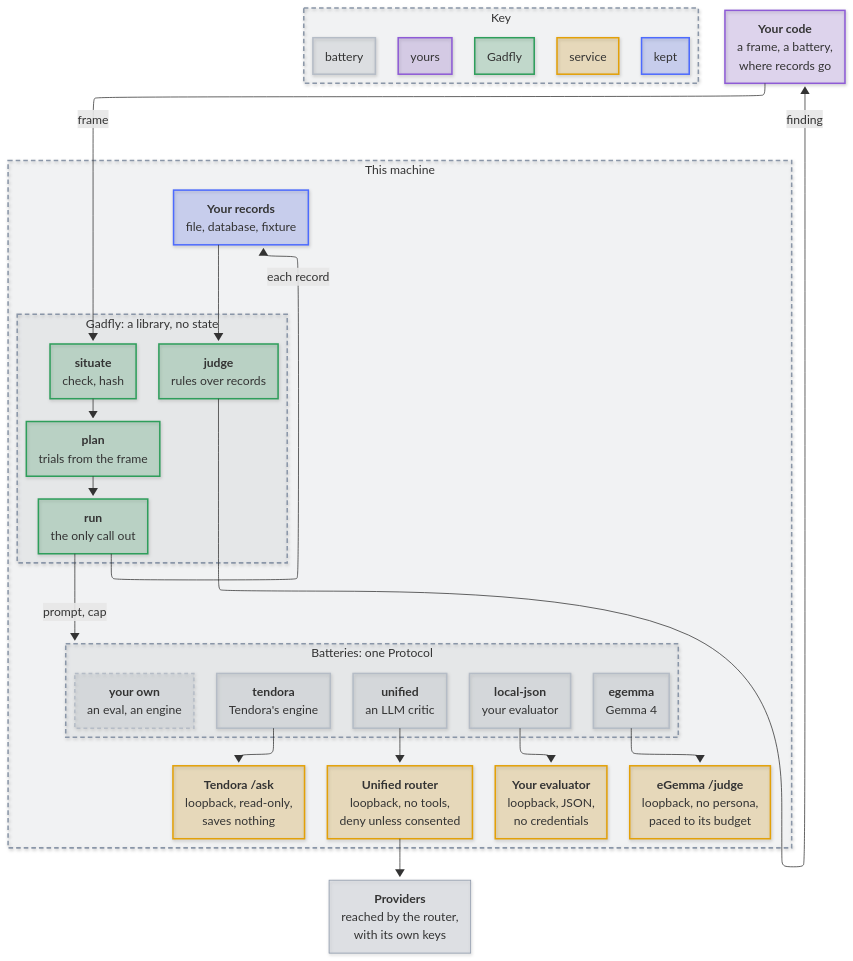
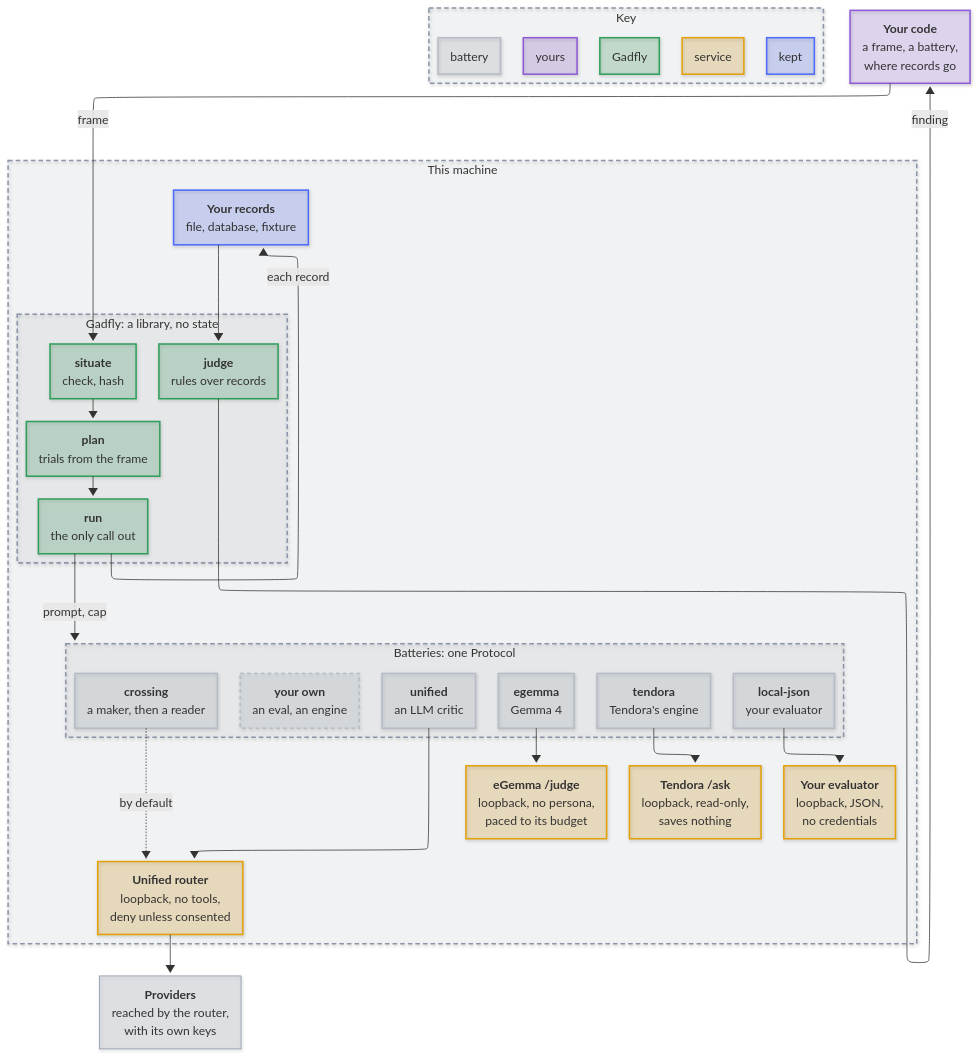
Before and after one commit to mirzahusadzic/gadfly: the diagram in docs/architecture.md, drawn with Mermaid. The commit also changed other lines of this file and 25 other files, not shown here.

```diff
--- a/docs/architecture.md
+++ b/docs/architecture.md
@@ -61,6 +61,7 @@
         ST["<b>Your records</b><br/>file, database, fixture"]
         subgraph B["Batteries: one Protocol"]
             UN["<b>unified</b><br/>an LLM critic"]
+            CR["<b>crossing</b><br/>a maker, then a reader"]
             EB["<b>egemma</b><br/>Gemma 4"]
             LJ["<b>local-json</b><br/>your evaluator"]
             TD["<b>tendora</b><br/>Tendora's engine"]
@@ -86,6 +87,7 @@
     EB --> ES
     LJ --> LE
     TD --> TS
+    CR -.->|"by default"| RT
     RU -->|"each record"| ST
     ST --> JU
     JU -->|"finding"| YOU
@@ -99,7 +101,7 @@
     classDef group fill:#8a96a814,stroke:#8a96a8,stroke-width:2px,stroke-dasharray:6 4
     class YOU person
     class SI,PL,RU,JU engine
-    class UN,EB,LJ,TD,OW interface
+    class UN,EB,LJ,TD,CR,OW interface
     class RT,ES,LE,TS service
     class ST kept
     class M,G,B,K group
```
